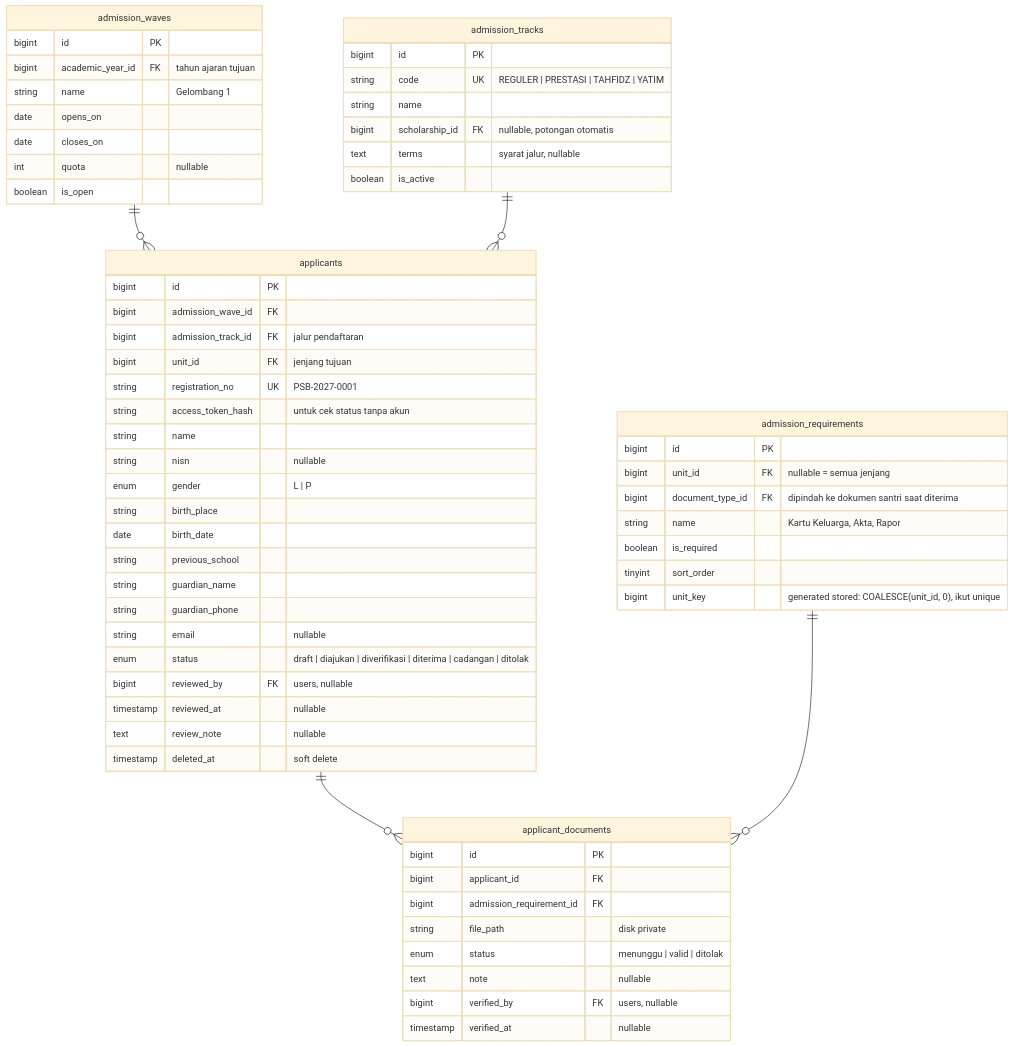
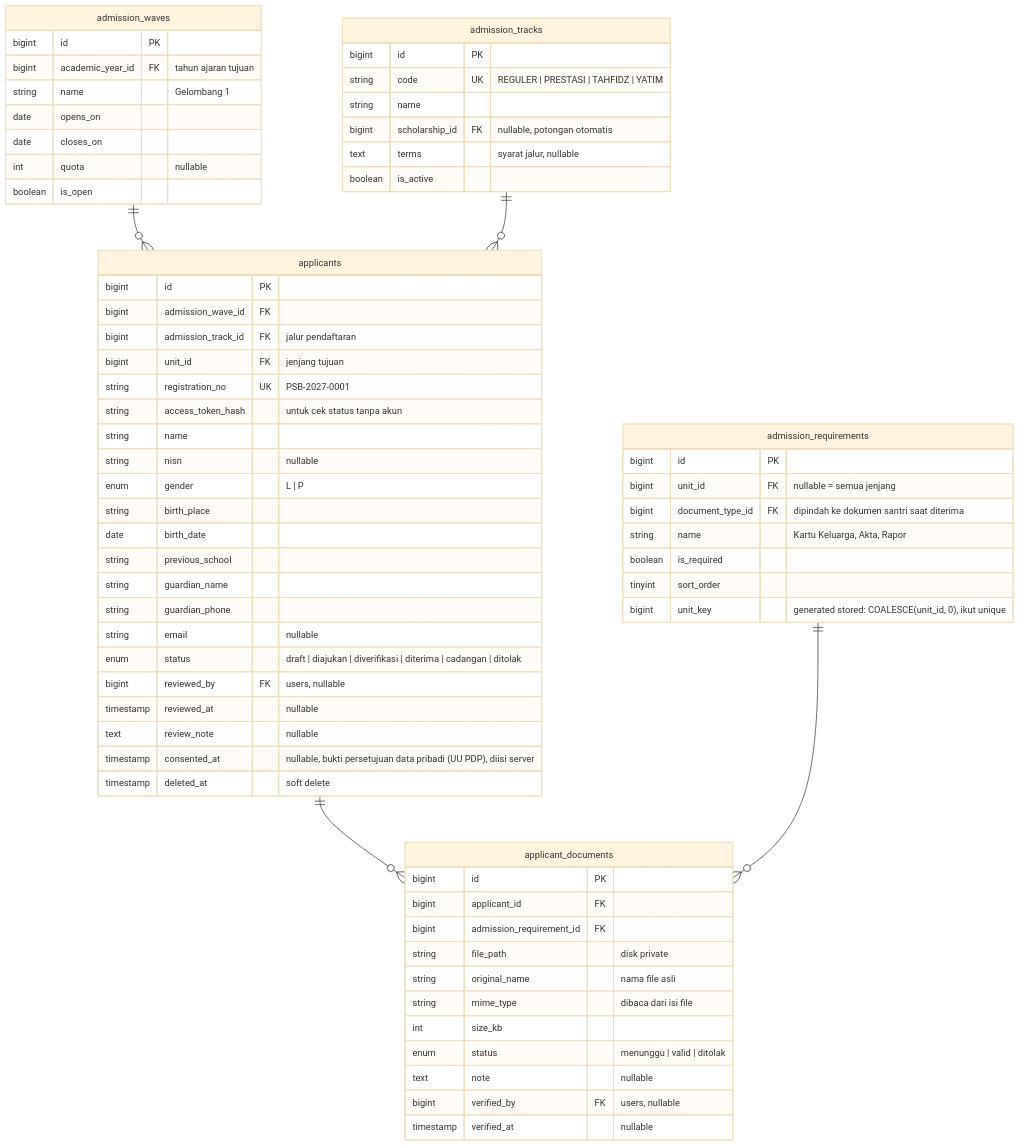
One commit to dankedev/pondok changed the eighth of 11 diagrams in docs/erd.md. Above: the diagram before and after it, drawn with Mermaid (base theme). The commit also changed other lines of this file and 2 other files, not shown here.

````diff
--- a/docs/erd.md
+++ b/docs/erd.md
@@ -481,66 +481,70 @@
 ```mermaid
 erDiagram
   admission_waves {
     bigint id PK
     bigint academic_year_id FK "tahun ajaran tujuan"
     string name "Gelombang 1"
     date opens_on
     date closes_on
     int quota "nullable"
     boolean is_open
   }
   admission_tracks {
     bigint id PK
     string code UK "REGULER | PRESTASI | TAHFIDZ | YATIM"
     string name
     bigint scholarship_id FK "nullable, potongan otomatis"
     text terms "syarat jalur, nullable"
     boolean is_active
   }
   admission_requirements {
     bigint id PK
     bigint unit_id FK "nullable = semua jenjang"
     bigint document_type_id FK "dipindah ke dokumen santri saat diterima"
     string name "Kartu Keluarga, Akta, Rapor"
     boolean is_required
     tinyint sort_order
     bigint unit_key "generated stored: COALESCE(unit_id, 0), ikut unique"
   }
   applicants {
     bigint id PK
     bigint admission_wave_id FK
     bigint admission_track_id FK "jalur pendaftaran"
     bigint unit_id FK "jenjang tujuan"
     string registration_no UK "PSB-2027-0001"
     string access_token_hash "untuk cek status tanpa akun"
     string name
     string nisn "nullable"
     enum gender "L | P"
     string birth_place
     date birth_date
     string previous_school
     string guardian_name
     string guardian_phone
     string email "nullable"
     enum status "draft | diajukan | diverifikasi | diterima | cadangan | ditolak"
     bigint reviewed_by FK "users, nullable"
     timestamp reviewed_at "nullable"
     text review_note "nullable"
+    timestamp consented_at "nullable, bukti persetujuan data pribadi (UU PDP), diisi server"
     timestamp deleted_at "soft delete"
   }
   applicant_documents {
     bigint id PK
     bigint applicant_id FK
     bigint admission_requirement_id FK
     string file_path "disk private"
+    string original_name "nama file asli"
+    string mime_type "dibaca dari isi file"
+    int size_kb
     enum status "menunggu | valid | ditolak"
     text note "nullable"
     bigint verified_by FK "users, nullable"
     timestamp verified_at "nullable"
   }
   admission_waves ||--o{ applicants : ""
   admission_tracks ||--o{ applicants : ""
   applicants ||--o{ applicant_documents : ""
   admission_requirements ||--o{ applicant_documents : ""
   
 ```
````
